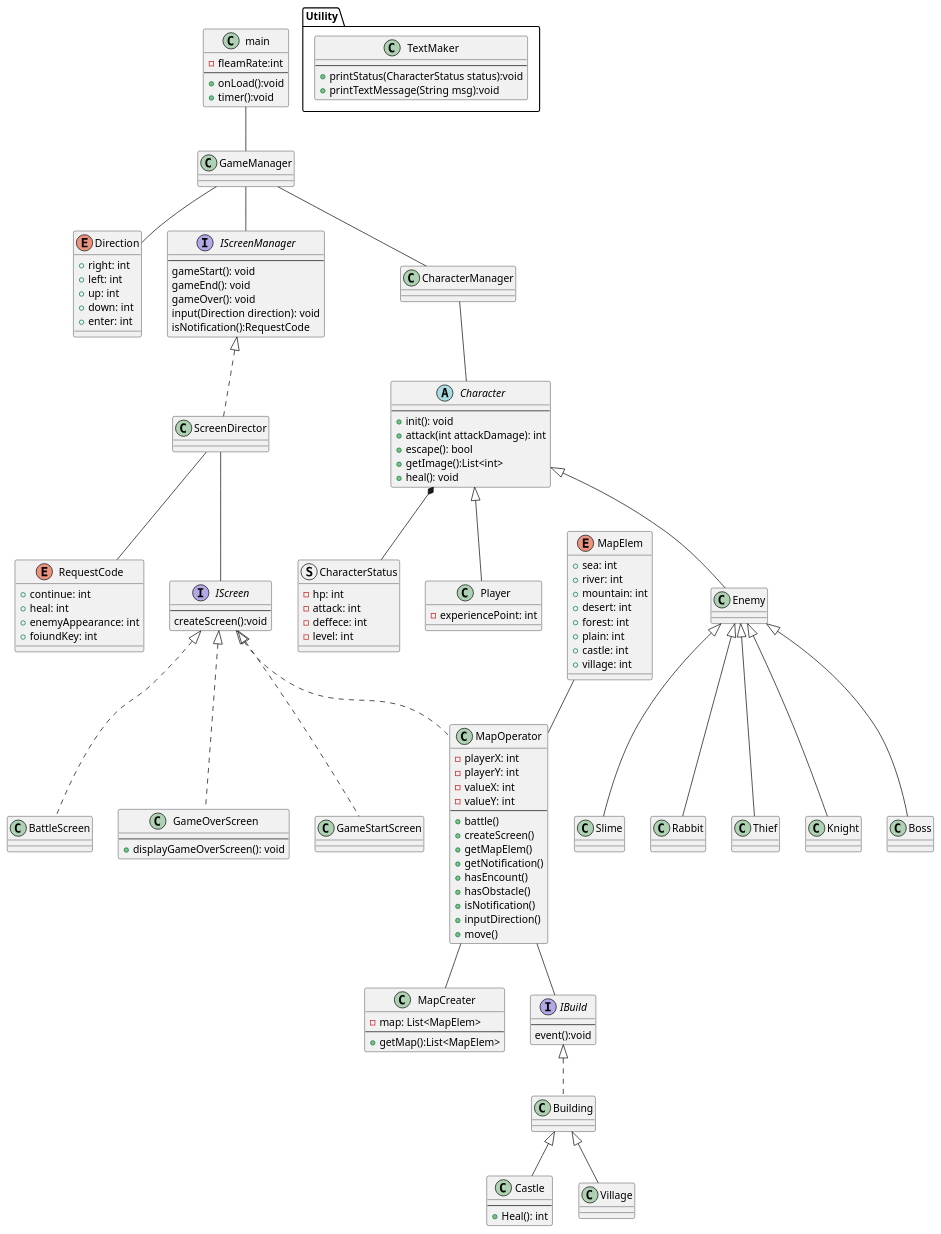
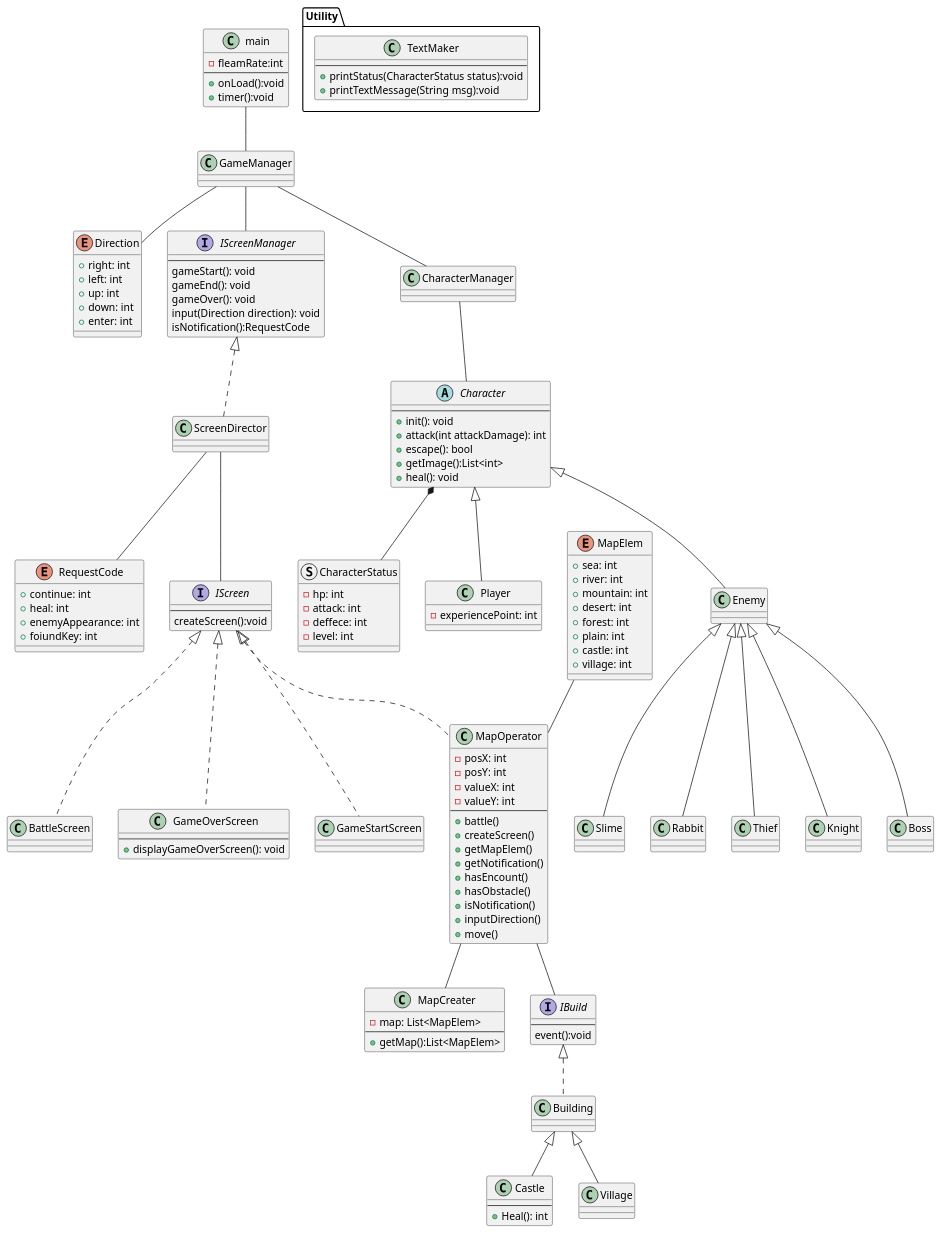
Before and after one commit to yudai19990419/ScriptGame2D: the diagram in design/class_design.pu, drawn with PlantUML. The commit also changed 7 other files, not shown here.

```diff
--- a/design/class_design.pu
+++ b/design/class_design.pu
@@ -1,199 +1,199 @@
 "@startuml classDesign"
 
 class main{
     - fleamRate:int
     --
     + onLoad():void
     + timer():void
 }
 
 class GameManager{
     
 }
 
 enum Direction {
     +right: int
     +left: int
     +up: int
     +down: int
     +enter: int
 }
 
 interface IScreenManager {
     --
     gameStart(): void
     gameEnd(): void
     gameOver(): void
     input(Direction direction): void
     isNotification():RequestCode
 }
 
 class ScreenDirector {
 
 }
 
 enum RequestCode {
     +continue: int
     +heal: int
     +enemyAppearance: int
     +foiundKey: int
 }
 
 interface IScreen {
     --
     createScreen():void
 }
 
 class MapOperator {
-    -playerX: int
-    -playerY: int
+    -posX: int
+    -posY: int
     -valueX: int 
     -valueY: int 
     --
     +battle()
     +createScreen()
     +getMapElem()
     +getNotification()
     +hasEncount()
     +hasObstacle()
     +isNotification()
     +inputDirection()
     +move() 
 }
 
 class MapCreater {
     -map: List<MapElem>
     --
     +getMap():List<MapElem>
 }
 
 enum MapElem {
     +sea: int
     +river: int
     +mountain: int
     +desert: int
     +forest: int
     +plain: int
     +castle: int
     +village: int
 }
 
 class BattleScreen {
 
 }
 
 class GameOverScreen {
     --
     + displayGameOverScreen(): void
 }
 
 class GameStartScreen {
 
 }
 
 abstract Character {
     --
     + init(): void
     + attack(int attackDamage): int
     + escape(): bool
     + getImage():List<int>
     + heal(): void
 }
 
 class CharacterManager {
 
 }
 
 struct CharacterStatus{
     - hp: int
     - attack: int 
     - deffece: int
     - level: int
 }
 
 class Player {
     - experiencePoint: int
 }
 
 class Enemy {
     
 }
 
 class Slime {
 
 }
 
 class Rabbit {
 
 }
 
 class Thief {
 
 }
 
 class Knight {
 
 }
 
 class Boss {
     
 }
 
 interface IBuild {
     --
     event():void
 }
 
 class Building {
 
 }
 
 class Castle {
     --
     + Heal(): int
 }
 
 class Village {
 
 }
 
 package Utility {
     class TextMaker {
         --
         + printStatus(CharacterStatus status):void
         + printTextMessage(String msg):void
     }
 }
 
 main -- GameManager
 GameManager -- IScreenManager
 GameManager -- CharacterManager
 GameManager -- Direction
 
 IScreenManager <|.. ScreenDirector
 ScreenDirector -- IScreen
 IScreen <|.. BattleScreen
 IScreen <|.. GameOverScreen
 IScreen <|.. GameStartScreen
 IScreen <|.. MapOperator
 ScreenDirector -- RequestCode
 MapOperator -- MapCreater
 MapOperator -- IBuild
 MapElem -- MapOperator
 
 CharacterManager -- Character
 Character <|-- Enemy
 Character <|-- Player
 Character *-- CharacterStatus
 
 Enemy <|-- Slime
 Enemy <|-- Rabbit
 Enemy <|-- Thief
 Enemy <|-- Knight
 Enemy <|-- Boss
 
 IBuild <|.. Building
 Building <|-- Castle
 Building <|-- Village
 
 @enduml
```
